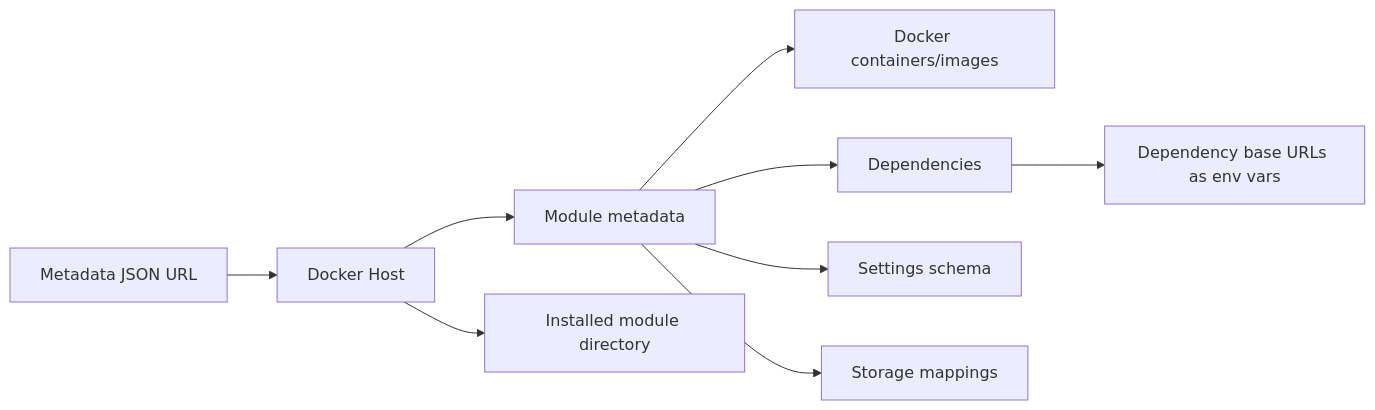
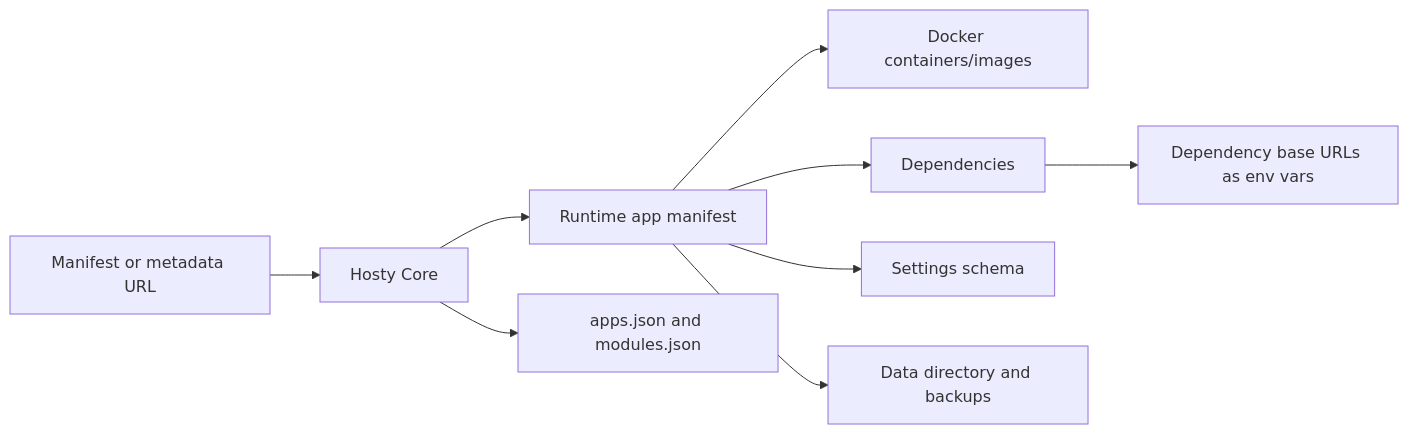
One commit to alex-de-haas/docker-host changed the diagram in docs/root.md. Above: the diagram before and after it, drawn with Mermaid. The commit also changed other lines of this file and 77 other files, not shown here.

Commit message:
Introduce Hosty app platform compatibility layer

````diff
--- a/docs/root.md
+++ b/docs/root.md
@@ -13,11 +13,11 @@
 ```mermaid
 flowchart LR
-  A["Metadata JSON URL"] --> B["Docker Host"]
-  B --> C["Module metadata"]
+  A["Manifest or metadata URL"] --> B["Hosty Core"]
+  B --> C["Runtime app manifest"]
   C --> D["Docker containers/images"]
   C --> E["Dependencies"]
   C --> F["Settings schema"]
-  C --> G["Storage mappings"]
+  C --> G["Data directory and backups"]
   E --> I["Dependency base URLs as env vars"]
-  B --> H["Installed module directory"]
+  B --> H["apps.json and modules.json"]
 ```
````
